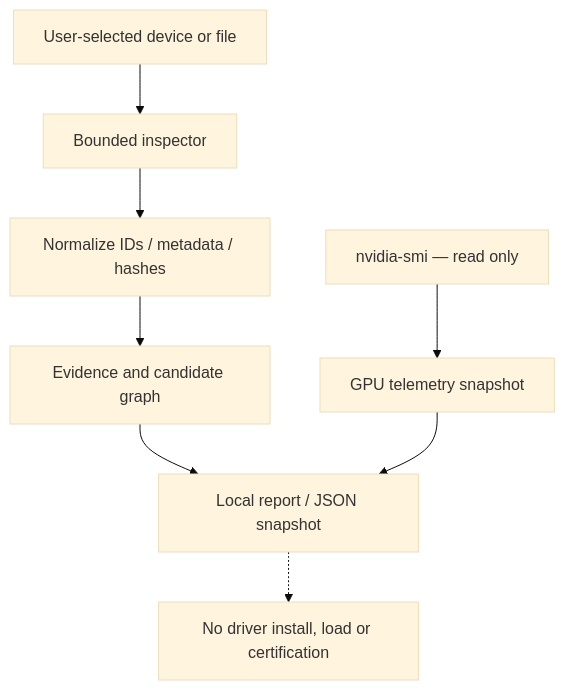
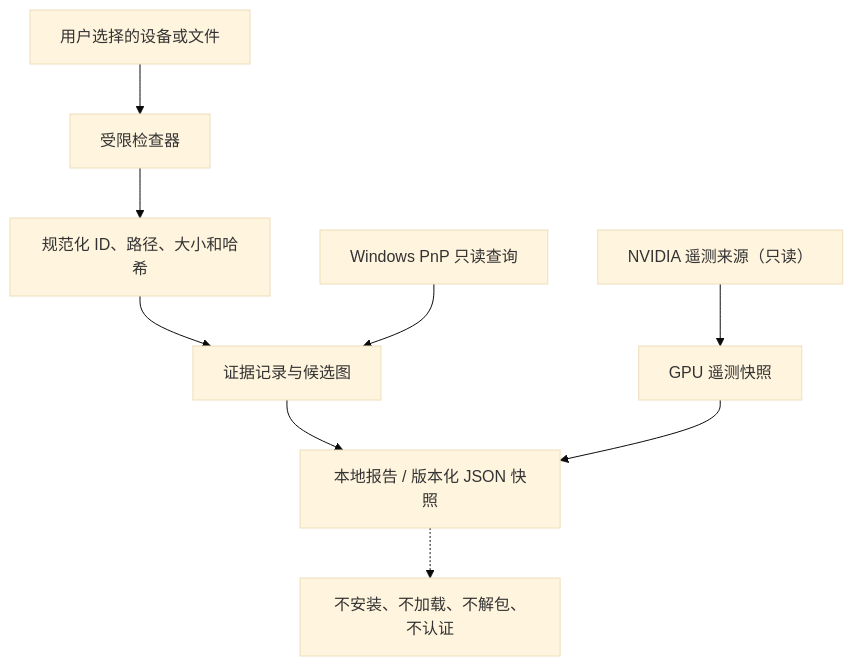
One commit to Ivan-VHS/OPlague changed the diagram in README.zh-CN.md. Above: the diagram before and after it, drawn with Mermaid (base theme). The commit also changed other lines of this file, not shown here.

```diff
--- a/README.zh-CN.md
+++ b/README.zh-CN.md
@@ -33,10 +40,11 @@
 ~~~mermaid
 flowchart TB
-  U["User-selected device or file"] --> I["Bounded inspector"]
-  I --> N["Normalize IDs / metadata / hashes"]
-  N --> E["Evidence and candidate graph"]
-  E --> R["Local report / JSON snapshot"]
-  G["nvidia-smi — read only"] --> T["GPU telemetry snapshot"]
+  U["用户选择的设备或文件"] --> I["受限检查器"]
+  I --> N["规范化 ID、路径、大小和哈希"]
+  N --> E["证据记录与候选图"]
+  E --> R["本地报告 / 版本化 JSON 快照"]
+  P["Windows PnP 只读查询"] --> E
+  G["NVIDIA 遥测来源（只读）"] --> T["GPU 遥测快照"]
   T --> R
-  R -.-> X["No driver install, load or certification"]
+  R -.-> X["不安装、不加载、不解包、不认证"]
 ~~~
```
